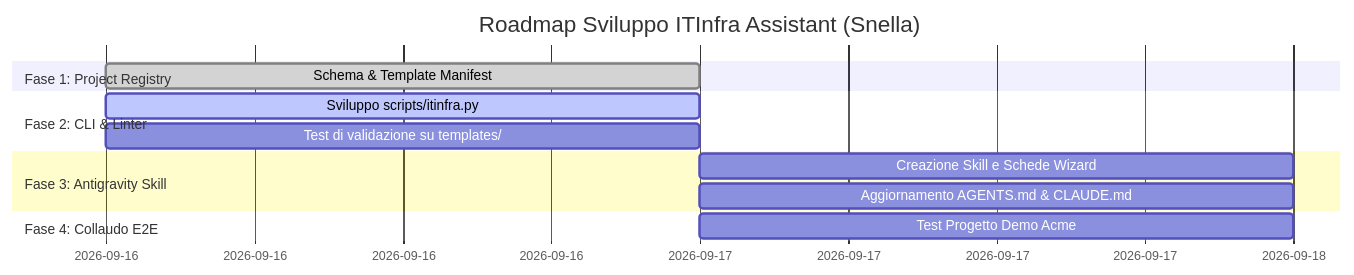
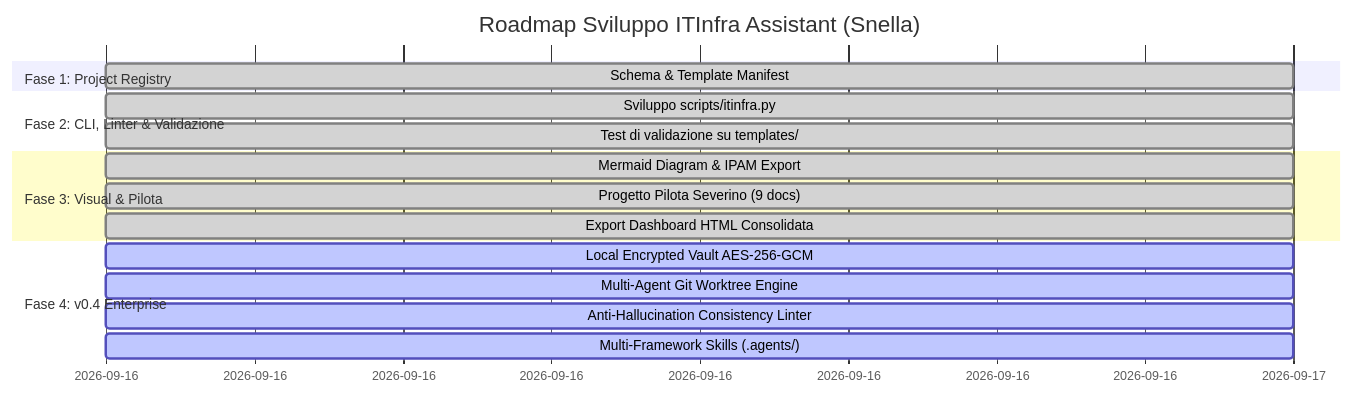
One commit to matrixNeo76/ItInfra changed the diagram in docs/02-ROADMAP-PIANO-SVILUPPO.md. Above: the diagram before and after it, drawn with Mermaid. The commit also changed other lines of this file and 2 other files, not shown here.

Commit message:
docs(roadmap-spec): update specifications and roadmap for v0.4 security vault, worktree and anti-hallucination

````diff
--- a/docs/02-ROADMAP-PIANO-SVILUPPO.md
+++ b/docs/02-ROADMAP-PIANO-SVILUPPO.md
@@ -64,15 +64,19 @@
 ```mermaid
 gantt
     title Roadmap Sviluppo ITInfra Assistant (Snella)
     dateFormat  YYYY-MM-DD
     section Fase 1: Project Registry
     Schema & Template Manifest         :done, p1, 2026-09-16, 1d
-    section Fase 2: CLI & Linter
-    Sviluppo scripts/itinfra.py        :active, p2, 2026-09-16, 1d
-    Test di validazione su templates/  :p3, 2026-09-16, 1d
-    section Fase 3: Antigravity Skill
-    Creazione Skill e Schede Wizard    :p4, 2026-09-17, 1d
-    Aggiornamento AGENTS.md & CLAUDE.md:p5, 2026-09-17, 1d
-    section Fase 4: Collaudo E2E
-    Test Progetto Demo Acme            :p6, 2026-09-17, 1d
+    section Fase 2: CLI, Linter & Validazione
+    Sviluppo scripts/itinfra.py        :done, p2, 2026-09-16, 1d
+    Test di validazione su templates/  :done, p3, 2026-09-16, 1d
+    section Fase 3: Visual & Pilota
+    Mermaid Diagram & IPAM Export      :done, p4, 2026-09-16, 1d
+    Progetto Pilota Severino (9 docs)  :done, p5, 2026-09-16, 1d
+    Export Dashboard HTML Consolidata  :done, p6, 2026-09-16, 1d
+    section Fase 4: v0.4 Enterprise
+    Local Encrypted Vault AES-256-GCM  :active, p7, 2026-09-16, 1d
+    Multi-Agent Git Worktree Engine    :active, p8, 2026-09-16, 1d
+    Anti-Hallucination Consistency Linter:active, p9, 2026-09-16, 1d
+    Multi-Framework Skills (.agents/)  :active, p10, 2026-09-16, 1d
 ```
````
